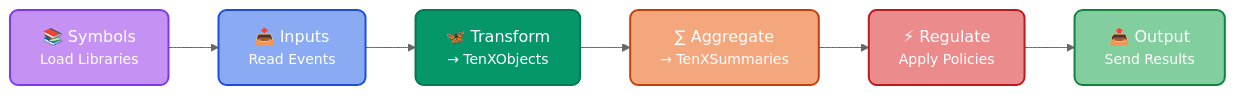
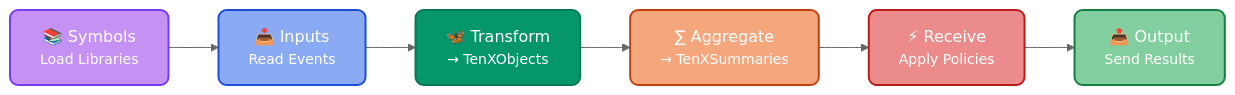
One commit to log-10x/modules changed the diagram in pipelines/run/doc.md. Above: the diagram before and after it, drawn with Mermaid (neutral theme). The commit also changed other lines of this file and 181 other files, not shown here.

````diff
--- a/pipelines/run/doc.md
+++ b/pipelines/run/doc.md
@@ -13,22 +13,22 @@
 ```mermaid
 graph LR
     A["<div style='font-size: 16px;'>📚 Symbols</div><div style='font-size: 14px;'>Load Libraries</div>"] --> B["<div style='font-size: 16px;'>📥 Inputs</div><div style='font-size: 14px;'>Read Events</div>"]
     B --> C["<div style='font-size: 16px;'>🦋 Transform</div><div style='font-size: 14px;'>→ TenXObjects</div>"]
     C --> D["<div style='font-size: 16px;'>∑ Aggregate</div><div style='font-size: 14px;'>→ TenXSummaries</div>"]
-    D --> E["<div style='font-size: 16px;'>⚡ Regulate</div><div style='font-size: 14px;'>Apply Policies</div>"]
+    D --> E["<div style='font-size: 16px;'>⚡ Receive</div><div style='font-size: 14px;'>Apply Policies</div>"]
     E --> F["<div style='font-size: 16px;'>📤 Output</div><div style='font-size: 14px;'>Send Results</div>"]
     
     classDef symbols fill:#9333ea88,stroke:#7c3aed,color:#ffffff,stroke-width:2px,rx:8,ry:8
     classDef inputs fill:#2563eb88,stroke:#1d4ed8,color:#ffffff,stroke-width:2px,rx:8,ry:8
     classDef transform fill:#059669,stroke:#047857,color:#ffffff,stroke-width:2px,rx:8,ry:8
     classDef aggregate fill:#ea580c88,stroke:#c2410c,color:#ffffff,stroke-width:2px,rx:8,ry:8
-    classDef regulate fill:#dc262688,stroke:#b91c1c,color:#ffffff,stroke-width:2px,rx:8,ry:8
+    classDef receive fill:#dc262688,stroke:#b91c1c,color:#ffffff,stroke-width:2px,rx:8,ry:8
     classDef output fill:#16a34a88,stroke:#15803d,color:#ffffff,stroke-width:2px,rx:8,ry:8
     
     class A symbols
     class B inputs
     class C transform
     class D aggregate
-    class E regulate
+    class E receive
     class F output
 ```
````
